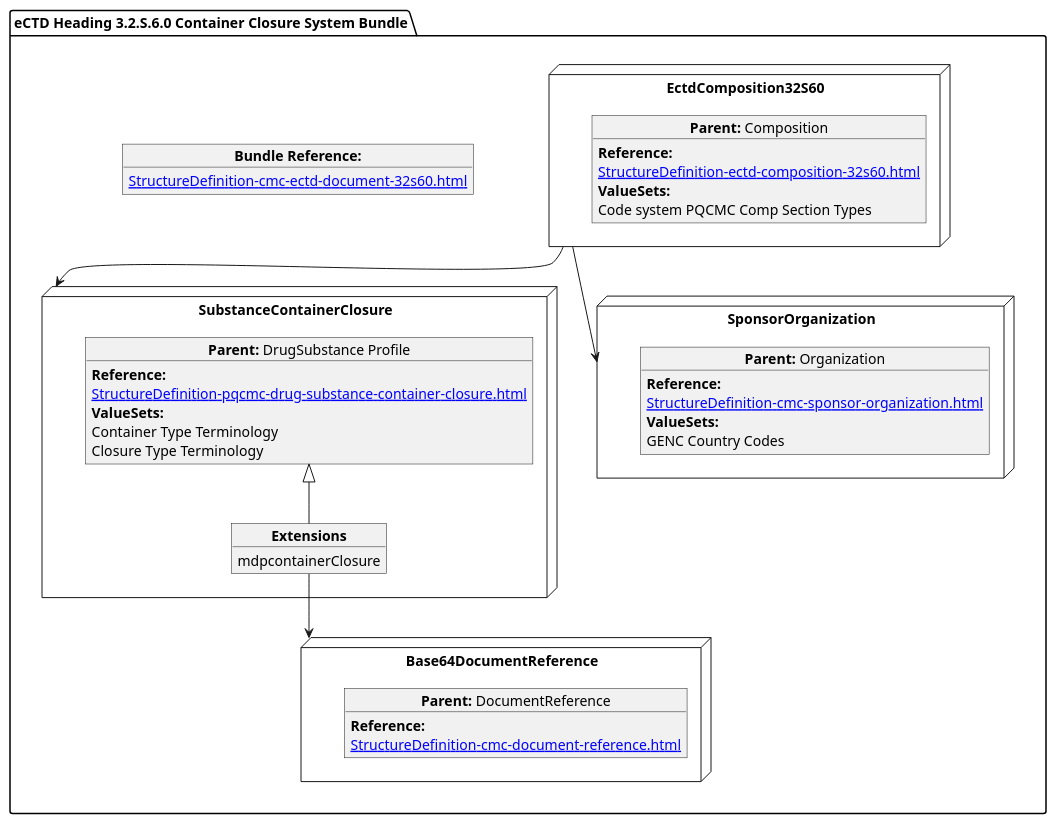
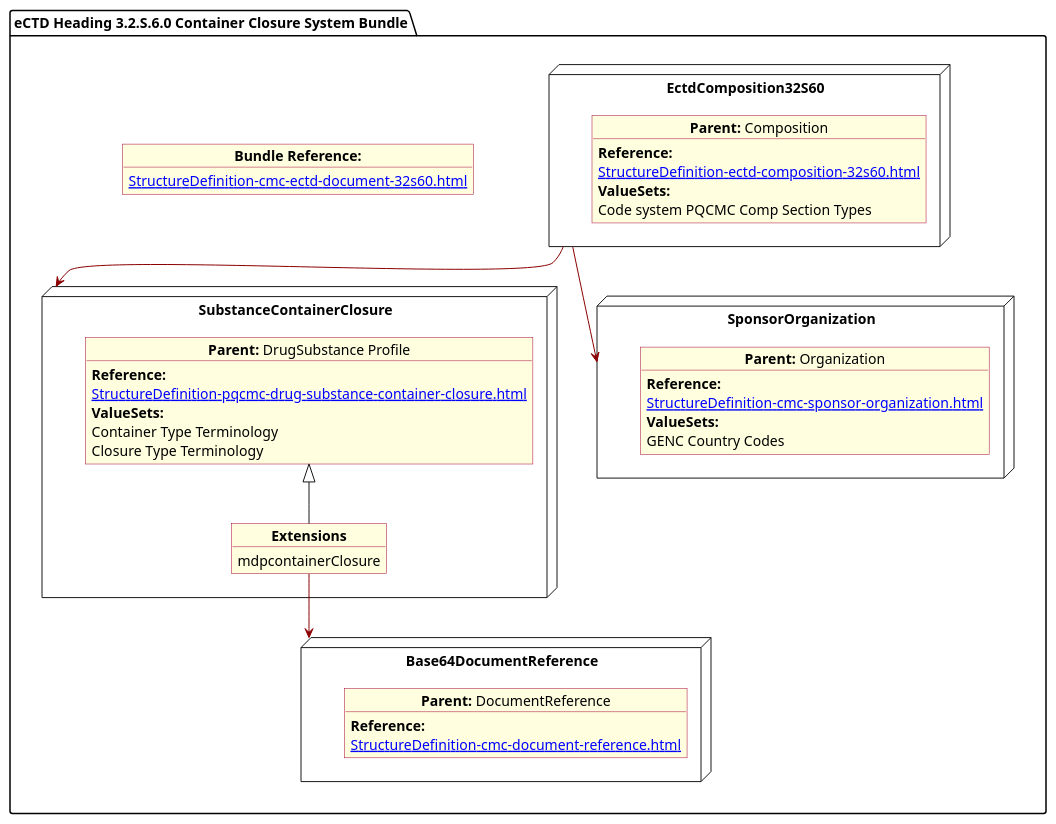
One commit to HL7/FHIR-us-pq-cmc-fda changed the diagram in input/images-source/SubstanceContainer.plantuml. Above: the diagram before and after it, drawn with PlantUML. The commit also changed 12 other files, not shown here.

Commit message:
plantuml style

```diff
--- a/input/images-source/SubstanceContainer.plantuml
+++ b/input/images-source/SubstanceContainer.plantuml
@@ -1,50 +1,57 @@
 @startuml SubstanceContainer
 allowmixing
 'Mixed model of use case and object
+skinparam svgDimensionStyle false
+skinparam ObjectBackgroundColor LightYellow
+skinparam ObjectBorderColor #A80036
+skinparam activityDiamondBorderColor #A80036
+skinparam activityDiamondBackgroundColor lawnGreen
+skinparam ClassBorderThickness 4
+
 package "eCTD Heading 3.2.S.6.0 Container Closure System Bundle" as NODES {
 
 object "**Bundle Reference:**" as objbun {
               [[StructureDefinition-cmc-ectd-document-32s60.html]]
     }  
 
   node "EctdComposition32S60" as N1 { 
       object "**Parent:** Composition" as obj1 {
         **Reference:**
       [[StructureDefinition-ectd-composition-32s60.html]]
       **ValueSets:**
   Code system PQCMC Comp Section Types
     }   
 }
 node "SubstanceContainerClosure" as N21 { 
       object "**Parent:** DrugSubstance Profile" as obj22 {
           **Reference:**
       [[StructureDefinition-pqcmc-drug-substance-container-closure.html]]
         **ValueSets:**
         Container Type Terminology
         Closure Type Terminology
     }
     object "**Extensions**" as objEx {
         mdpcontainerClosure
     }
-    obj22 <|-- objEx
+obj22 <|-- objEx  
 }
 node "Base64DocumentReference" as NB64 { 
       object "**Parent:** DocumentReference"  as obj64 {  
        **Reference:**
       [[StructureDefinition-cmc-document-reference.html]] 
     }   
 }
 node "SponsorOrganization" as NSO { 
       object "**Parent:** Organization" as objAu {
         **Reference:**
       [[StructureDefinition-cmc-sponsor-organization.html]]
         **ValueSets:**
         GENC Country Codes
     }
 }
 }
 
-N1 --> N21
-N1 --> NSO
-objEx --> NB64 
+N1 -[#darkred]-> N21
+N1 -[#darkred]-> NSO
+objEx -[#darkred]-> NB64 
 @enduml
```
